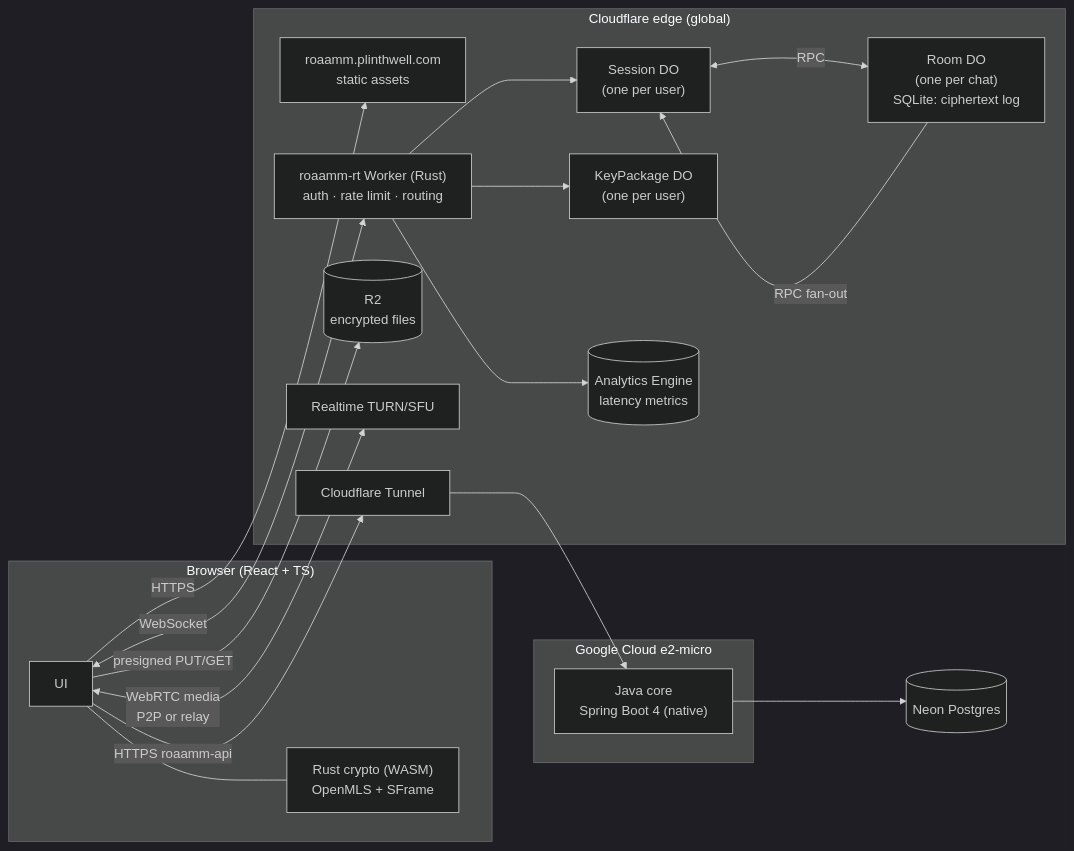
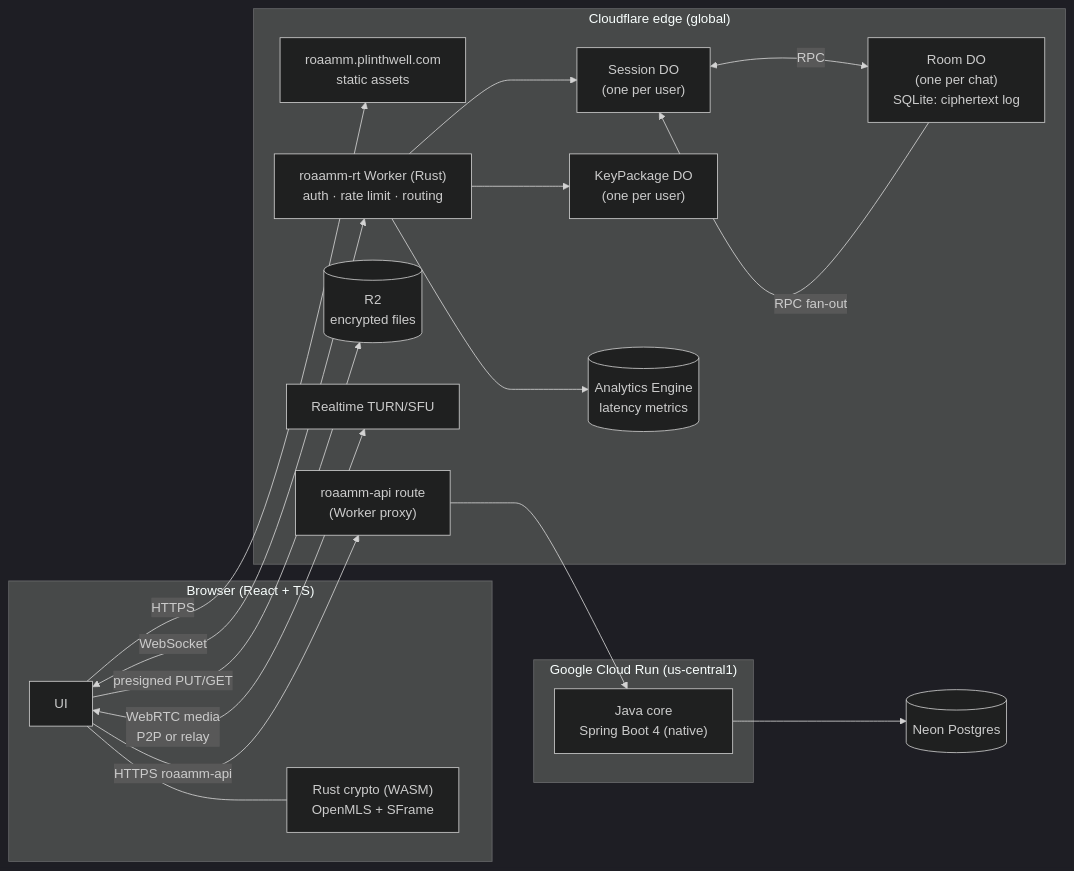
The first of 2 diagrams in docs/system-design.md (Vishwath-Narayana/roaamm-travel-app), drawn with Mermaid (dark theme) before and after one commit. The commit also changed other lines of this file and 16 other files, not shown here.

First line of the commit message:
M2-prep: core on Cloud Run (ADR + skeleton, deploy off) (#14)

````diff
--- a/docs/system-design.md
+++ b/docs/system-design.md
@@ -16,33 +16,33 @@
 ```mermaid
 flowchart LR
   subgraph Client["Browser (React + TS)"]
     UI[UI] --- CRY["Rust crypto (WASM)<br/>OpenMLS + SFrame"]
   end
 
   subgraph CF["Cloudflare edge (global)"]
     WEB["roaamm.plinthwell.com<br/>static assets"]
     GW["roaamm-rt Worker (Rust)<br/>auth · rate limit · routing"]
     SD["Session DO<br/>(one per user)"]
     RD["Room DO<br/>(one per chat)<br/>SQLite: ciphertext log"]
     KP["KeyPackage DO<br/>(one per user)"]
     R2[(R2<br/>encrypted files)]
     TURN["Realtime TURN/SFU"]
     AE[(Analytics Engine<br/>latency metrics)]
-    TUN["Cloudflare Tunnel"]
+    APIW["roaamm-api route<br/>(Worker proxy)"]
   end
 
-  subgraph GCP["Google Cloud e2-micro"]
+  subgraph GCP["Google Cloud Run (us-central1)"]
     CORE["Java core<br/>Spring Boot 4 (native)"]
   end
   NEON[(Neon Postgres)]
 
   UI -->|HTTPS| WEB
   UI <-->|WebSocket| GW --> SD
   SD <-->|RPC| RD
   RD -->|RPC fan-out| SD
   GW --> KP
   UI -->|presigned PUT/GET| R2
   UI <-->|WebRTC media<br/>P2P or relay| TURN
   GW --> AE
-  UI -->|HTTPS roaamm-api| TUN --> CORE --> NEON
+  UI -->|HTTPS roaamm-api| APIW --> CORE --> NEON
 ```
````
